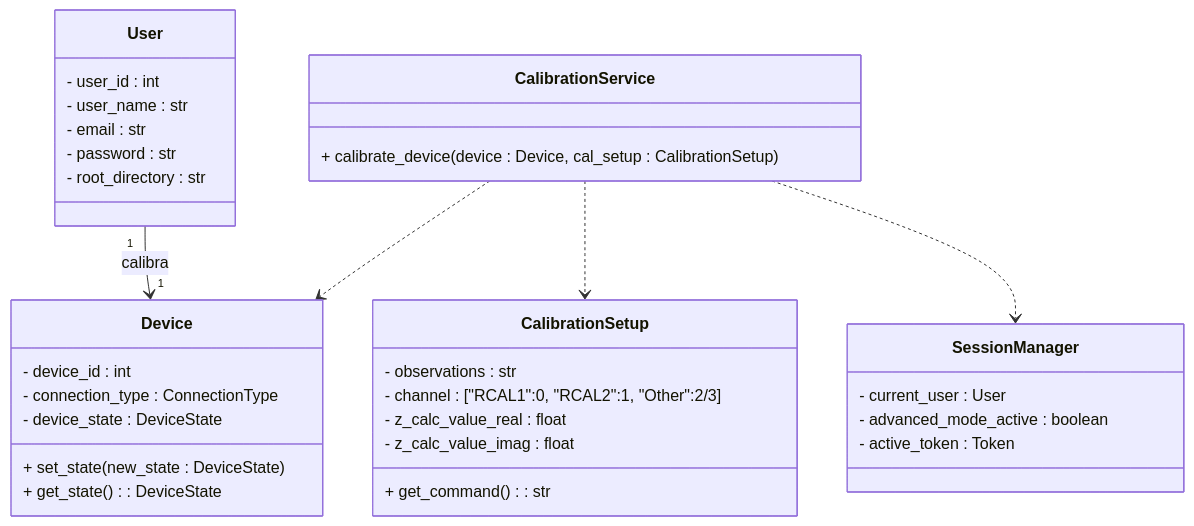
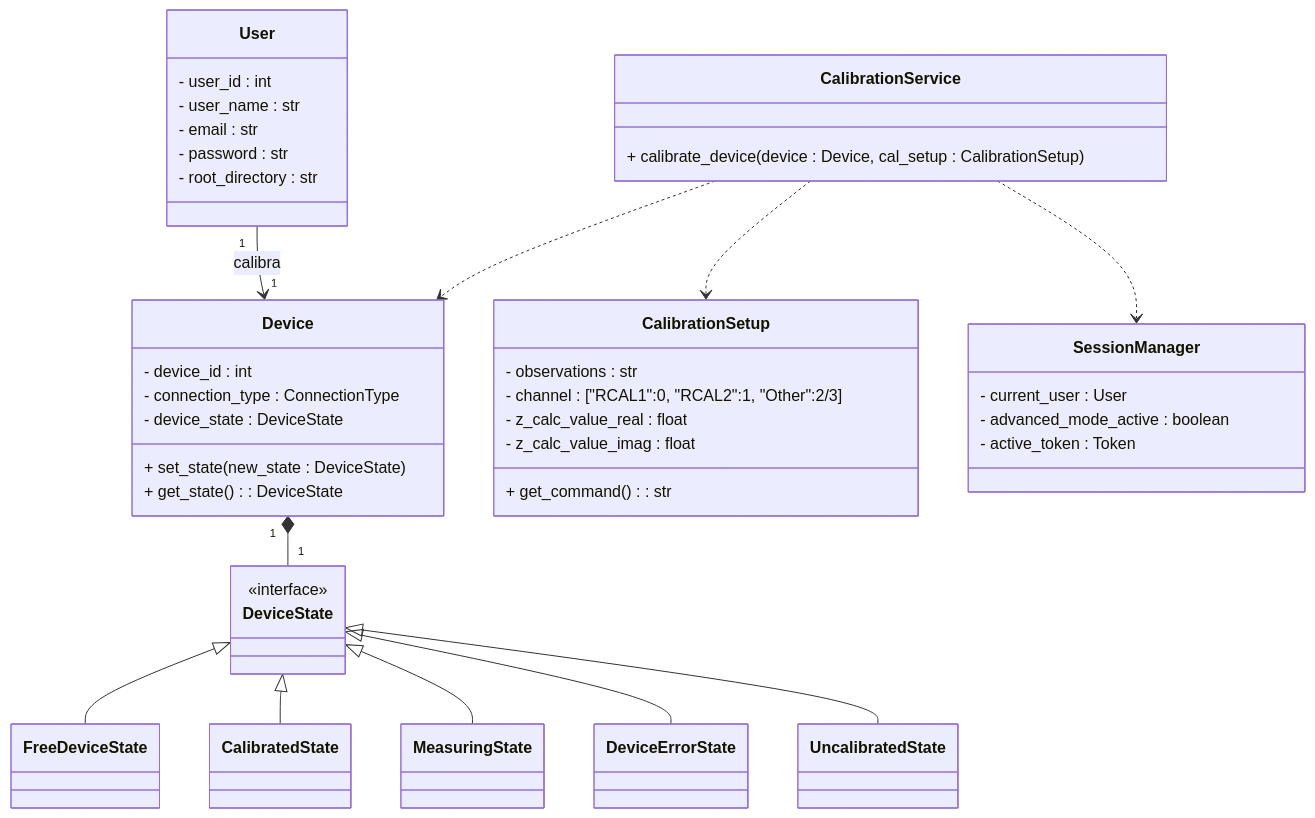
Diagram 14 of 22 in Gmini-MarkDown/Guanaco Mini.md (alegrelias/Repo-GMini), drawn with Mermaid before and after one commit. The commit also changed other lines of this file, not shown here.

````diff
--- a/Gmini-MarkDown/Guanaco Mini.md
+++ b/Gmini-MarkDown/Guanaco Mini.md
@@ -1468,45 +1457,61 @@
 ```mermaid
 classDiagram
+DeviceState <|-- FreeDeviceState
+DeviceState <|-- CalibratedState
+DeviceState <|-- MeasuringState
+DeviceState <|-- DeviceErrorState
+DeviceState <|-- UncalibratedState
+
 %% clases
 class User {
 	- user_id : int
 	- user_name : str
 	- email : str
 	- password : str
 	- root_directory : str
 	
 }
 
 class CalibrationSetup{
 	- observations : str
 	- channel : ["RCAL1":0, "RCAL2":1, "Other":2/3]
 	- z_calc_value_real : float
 	- z_calc_value_imag : float
 	+ get_command() : str
 }
 
 class Device{
 	- device_id : int
 	- connection_type : ConnectionType
 	- device_state : DeviceState
 	+ set_state(new_state : DeviceState)
 	+ get_state() : DeviceState
 }
 
+class DeviceState{
+		<<interface>>
+	}
+	class FreeDeviceState
+	class CalibratedState
+	class MeasuringState
+	class DeviceErrorState
+
 class CalibrationService{
 	+ calibrate_device(device : Device, cal_setup : CalibrationSetup)
 }
 
 class SessionManager{
 	- current_user : User
 	- advanced_mode_active : boolean
 	- active_token : Token
 }
 
 %% relaciones
 User "1"-->"1" Device : calibra
 
+Device "1"*--"1" DeviceState
+
 CalibrationService ..> Device
 CalibrationService ..> CalibrationSetup
 CalibrationService ..> SessionManager
 ```
````
